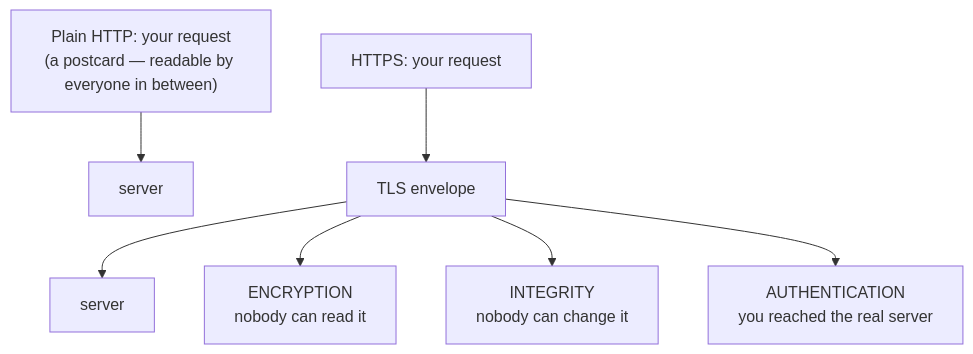
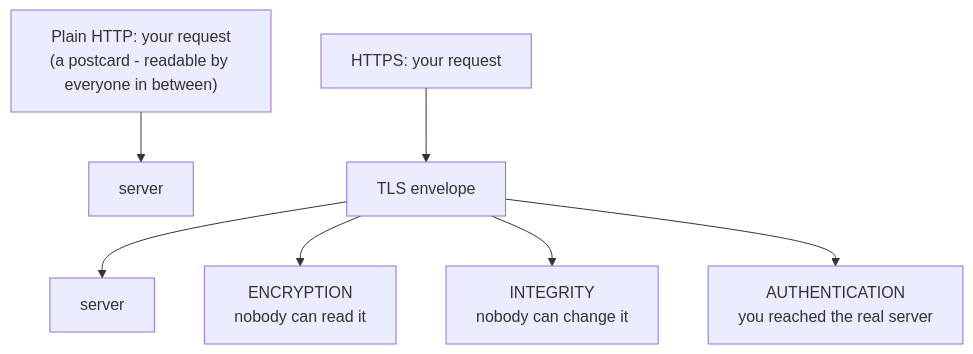
The diagram in guides/security/https-and-tls/01-what-https-protects.md (Topurrra/themissingmanual), drawn with Mermaid before and after one commit. The commit also changed other lines of this file and 1072 other files, not shown here.

````diff
--- a/guides/security/https-and-tls/01-what-https-protects.md
+++ b/guides/security/https-and-tls/01-what-https-protects.md
@@ -24,9 +24,9 @@
 ```mermaid
 flowchart TD
-  http["Plain HTTP: your request<br/>(a postcard — readable by everyone in between)"] --> server1[server]
+  http["Plain HTTP: your request<br/>(a postcard - readable by everyone in between)"] --> server1[server]
   req["HTTPS: your request"] --> tls[TLS envelope]
   tls --> server2[server]
   tls --> enc["ENCRYPTION<br/>nobody can read it"]
   tls --> integ["INTEGRITY<br/>nobody can change it"]
   tls --> authn["AUTHENTICATION<br/>you reached the real server"]
 ```
````
